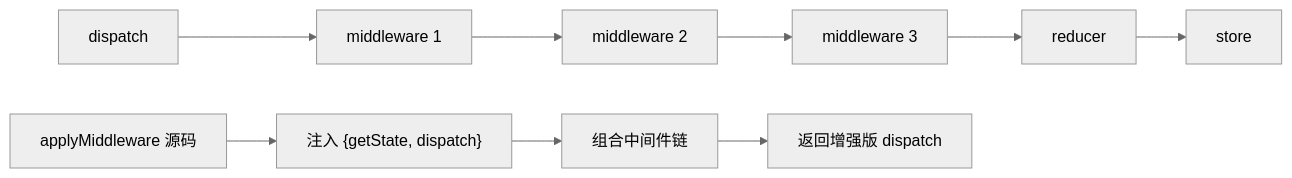
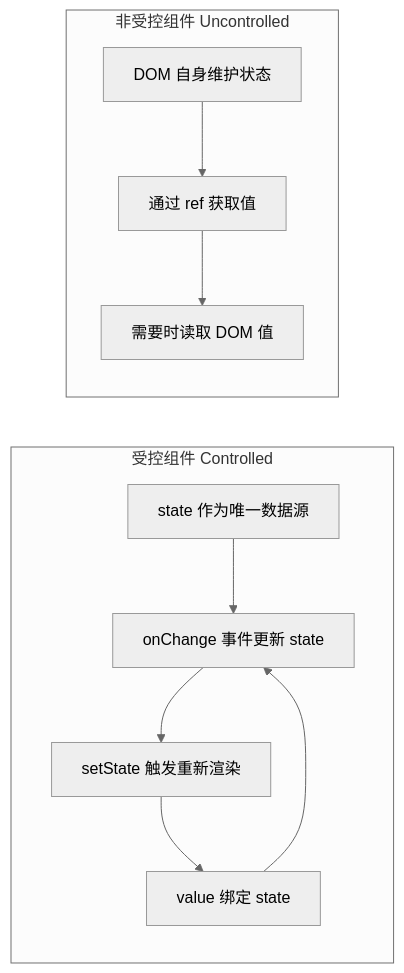
One commit to KMaybe01/common changed the fourth of 21 diagrams in 00-基础常识/05-React-详解版.md. Above: the diagram before and after it, drawn with Mermaid (neutral theme). The commit also changed other lines of this file and 10 other files, not shown here.

````diff
--- a/00-基础常识/05-React-详解版.md
+++ b/00-基础常识/05-React-详解版.md
@@ -708,12 +292,14 @@
 ```mermaid
 flowchart LR
-    A["dispatch"] --> B["middleware 1"]
-    B --> C["middleware 2"]
-    C --> D["middleware 3"]
-    D --> E["reducer"]
-    E --> F["store"]
-    
-    M["applyMiddleware 源码"] --> M1["注入 {getState, dispatch}"]
-    M1 --> M2["组合中间件链"]
-    M2 --> M3["返回增强版 dispatch"]
+    subgraph 受控组件 Controlled
+        A["state 作为唯一数据源"] --> B["onChange 事件更新 state"]
+        B --> C["setState 触发重新渲染"]
+        C --> D["value 绑定 state"]
+        D --> B
+    end
+
+    subgraph 非受控组件 Uncontrolled
+        E["DOM 自身维护状态"] --> F["通过 ref 获取值"]
+        F --> G["需要时读取 DOM 值"]
+    end
 ```
````
